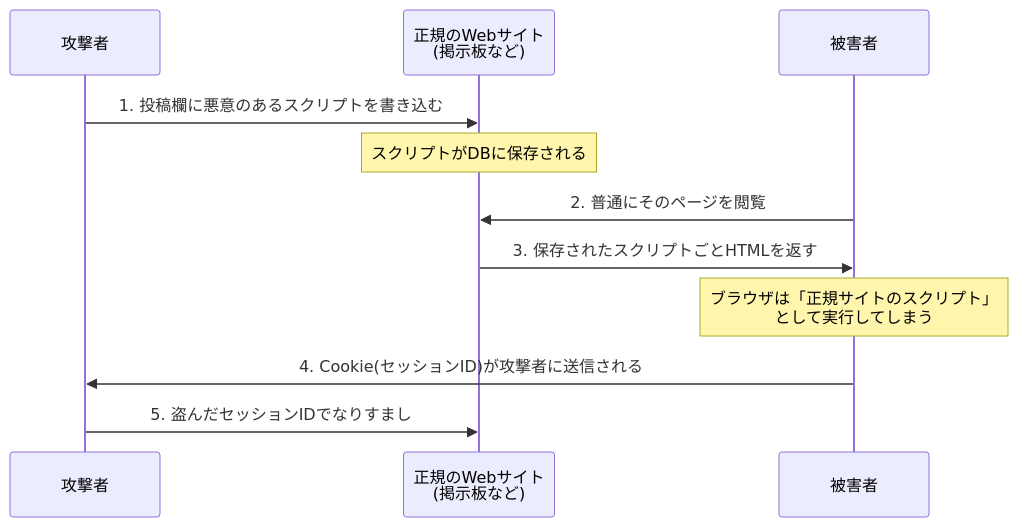
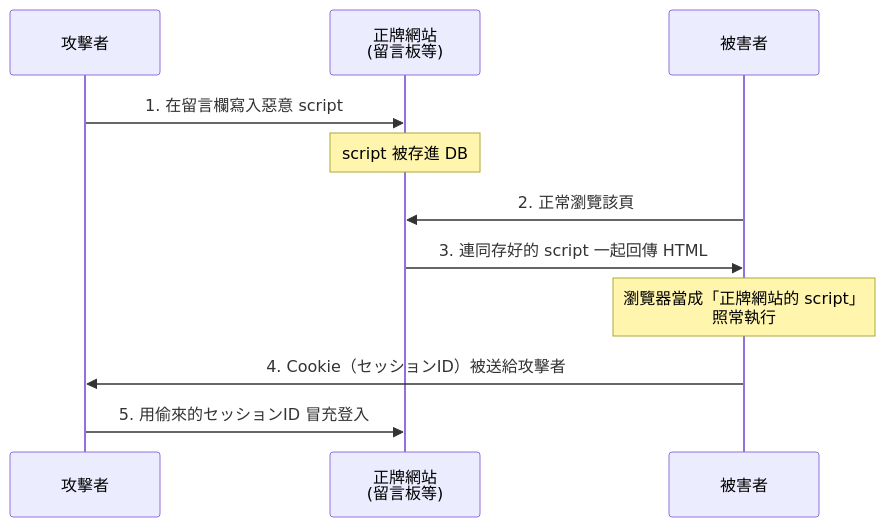
Before and after one commit to hakudevtw/cert_jp_sg: the first of 2 diagrams in sg-vocab/ch1-サイバー攻撃手法/1-8-スクリプト攻撃.md, drawn with Mermaid. The commit also changed other lines of this file and 29 other files, not shown here.

````diff
--- a/sg-vocab/ch1-サイバー攻撃手法/1-8-スクリプト攻撃.md
+++ b/sg-vocab/ch1-サイバー攻撃手法/1-8-スクリプト攻撃.md
@@ -47,13 +159,13 @@
 ```mermaid
 sequenceDiagram
-    participant A as 攻撃者
-    participant S as 正規のWebサイト<br/>(掲示板など)
+    participant A as 攻擊者
+    participant S as 正牌網站<br/>(留言板等)
     participant V as 被害者
-    A->>S: 1. 投稿欄に悪意のあるスクリプトを書き込む
-    Note over S: スクリプトがDBに保存される
-    V->>S: 2. 普通にそのページを閲覧
-    S->>V: 3. 保存されたスクリプトごとHTMLを返す
-    Note over V: ブラウザは「正規サイトのスクリプト」<br/>として実行してしまう
-    V->>A: 4. Cookie(セッションID)が攻撃者に送信される
-    A->>S: 5. 盗んだセッションIDでなりすまし
+    A->>S: 1. 在留言欄寫入惡意 script
+    Note over S: script 被存進 DB
+    V->>S: 2. 正常瀏覽該頁
+    S->>V: 3. 連同存好的 script 一起回傳 HTML
+    Note over V: 瀏覽器當成「正牌網站的 script」<br/>照常執行
+    V->>A: 4. Cookie（セッションID）被送給攻擊者
+    A->>S: 5. 用偷來的セッションID 冒充登入
 ```
````
